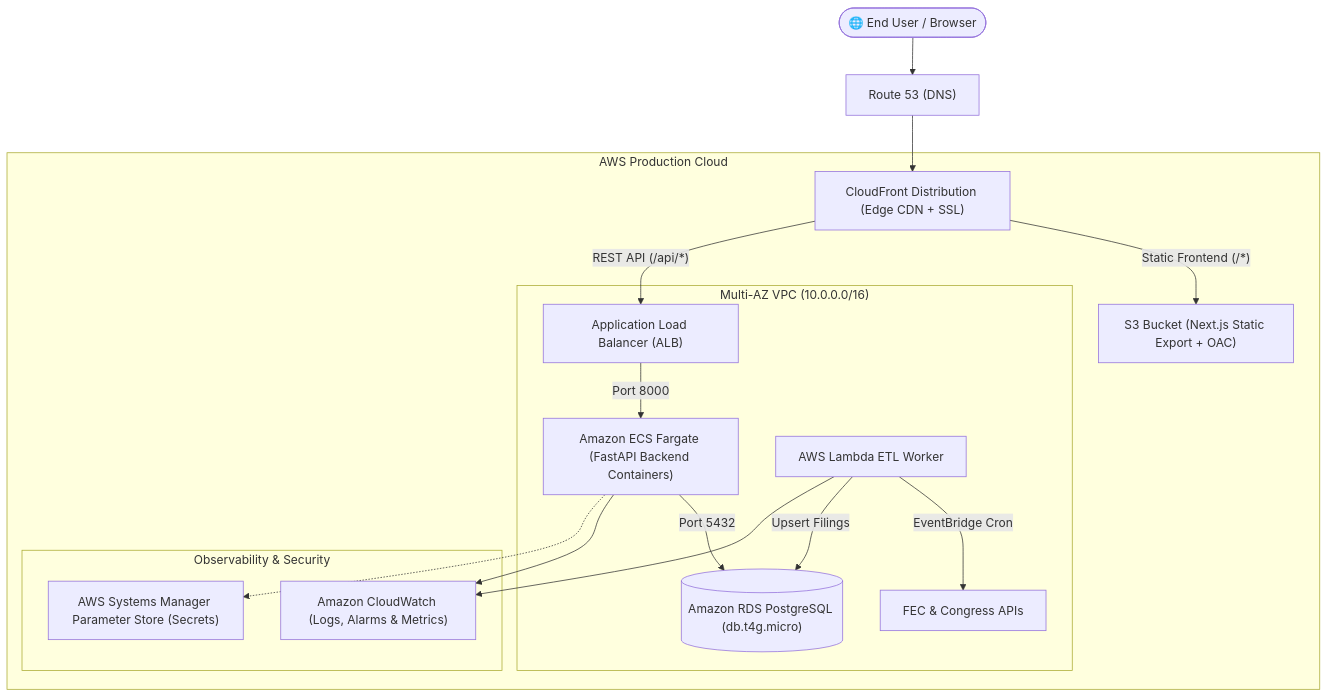
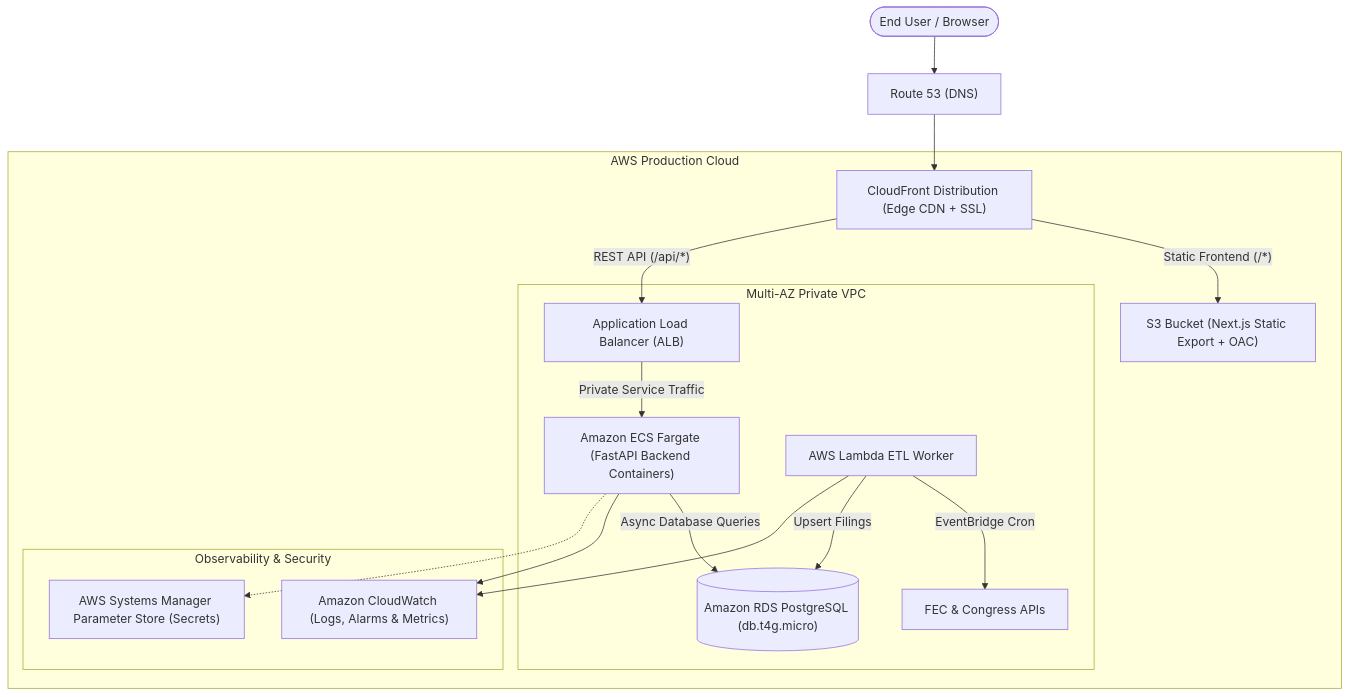
One commit to CammyCam04/weseeyou changed the diagram in README.md. Above: the diagram before and after it, drawn with Mermaid. The commit also changed other lines of this file and 24 other files, not shown here.

````diff
--- a/README.md
+++ b/README.md
@@ -91,27 +91,27 @@
 ```mermaid
 flowchart TD
-    User(["🌐 End User / Browser"]) --> DNS["Route 53 (DNS)"]
+    User(["End User / Browser"]) --> DNS["Route 53 (DNS)"]
     DNS --> CF["CloudFront Distribution (Edge CDN + SSL)"]
 
     subgraph AWS_Production ["AWS Production Cloud"]
         CF -->|"Static Frontend (/*)"| S3["S3 Bucket (Next.js Static Export + OAC)"]
         CF -->|"REST API (/api/*)"| ALB["Application Load Balancer (ALB)"]
 
-        subgraph VPC ["Multi-AZ VPC (10.0.0.0/16)"]
-            ALB -->|"Port 8000"| ECS["Amazon ECS Fargate (FastAPI Backend Containers)"]
-            ECS -->|"Port 5432"| RDS[("Amazon RDS PostgreSQL (db.t4g.micro)")]
+        subgraph VPC ["Multi-AZ Private VPC"]
+            ALB -->|"Private Service Traffic"| ECS["Amazon ECS Fargate (FastAPI Backend Containers)"]
+            ECS -->|"Async Database Queries"| RDS[("Amazon RDS PostgreSQL (db.t4g.micro)")]
 
             Lambda["AWS Lambda ETL Worker"] -->|"EventBridge Cron"| ExtAPIs["FEC & Congress APIs"]
             Lambda -->|"Upsert Filings"| RDS
         end
 
         subgraph Monitoring ["Observability & Security"]
             CW["Amazon CloudWatch (Logs, Alarms & Metrics)"]
             SSM["AWS Systems Manager Parameter Store (Secrets)"]
 
             ECS --> CW
             Lambda --> CW
             ECS -.-> SSM
         end
     end
 ```
````
